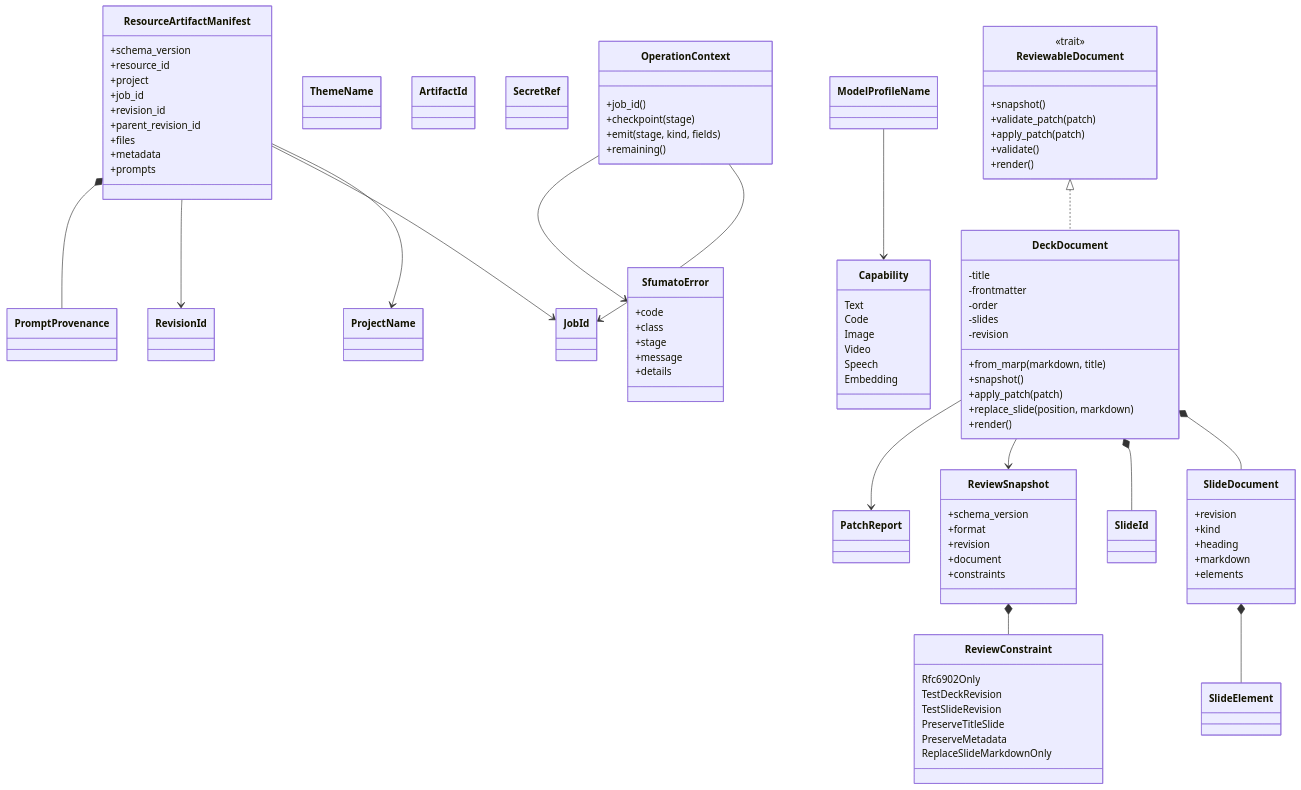
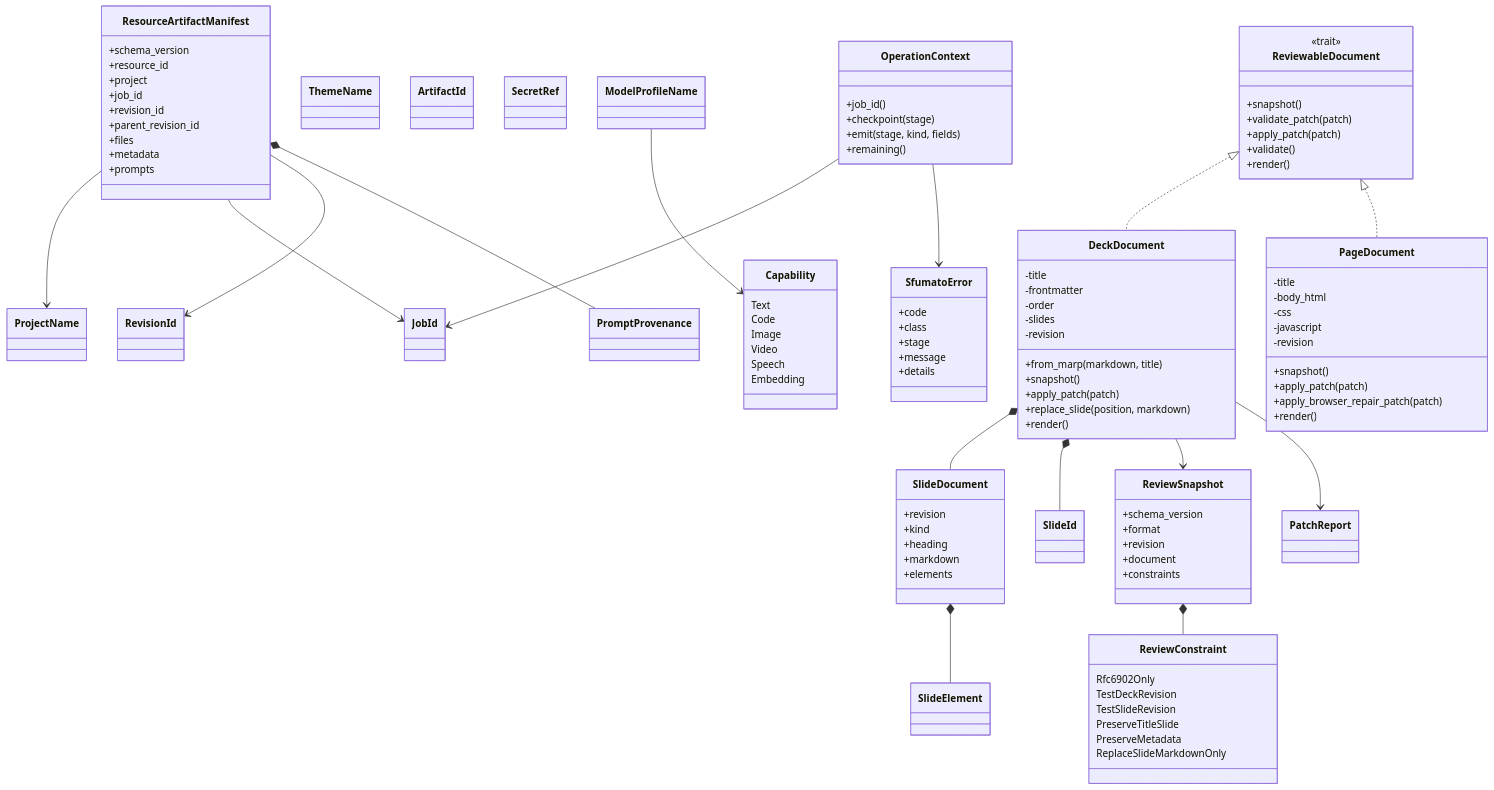
One commit to getsfumato/cli changed the diagram in docs/architecture/domain-model.mmd. Above: the diagram before and after it, drawn with Mermaid. The commit also changed 85 other files, not shown here.

```diff
--- a/docs/architecture/domain-model.mmd
+++ b/docs/architecture/domain-model.mmd
@@ -1,104 +1,116 @@
 %% Domain entities and application contracts implemented in v0.2.
 classDiagram
     class ProjectName
     class ModelProfileName
     class ThemeName
     class JobId
     class ArtifactId
     class RevisionId
     class SecretRef
     class Capability {
         Text
         Code
         Image
         Video
         Speech
         Embedding
     }
 
     class DeckDocument {
         -title
         -frontmatter
         -order
         -slides
         -revision
         +from_marp(markdown, title)
         +snapshot()
         +apply_patch(patch)
         +replace_slide(position, markdown)
+        +render()
+    }
+    class PageDocument {
+        -title
+        -body_html
+        -css
+        -javascript
+        -revision
+        +snapshot()
+        +apply_patch(patch)
+        +apply_browser_repair_patch(patch)
         +render()
     }
     class ReviewableDocument {
         <<trait>>
         +snapshot()
         +validate_patch(patch)
         +apply_patch(patch)
         +validate()
         +render()
     }
     class ReviewSnapshot {
         +schema_version
         +format
         +revision
         +document
         +constraints
     }
     class ReviewConstraint {
         Rfc6902Only
         TestDeckRevision
         TestSlideRevision
         PreserveTitleSlide
         PreserveMetadata
         ReplaceSlideMarkdownOnly
     }
     class SlideDocument {
         +revision
         +kind
         +heading
         +markdown
         +elements
     }
     class SlideId
     class SlideElement
     class PatchReport
 
     class ResourceArtifactManifest {
         +schema_version
         +resource_id
         +project
         +job_id
         +revision_id
         +parent_revision_id
         +files
         +metadata
         +prompts
     }
     class PromptProvenance
     class OperationContext {
         +job_id()
         +checkpoint(stage)
         +emit(stage, kind, fields)
         +remaining()
     }
     class SfumatoError {
         +code
         +class
         +stage
         +message
         +details
     }
 
     ReviewableDocument <|.. DeckDocument
+    ReviewableDocument <|.. PageDocument
     DeckDocument *-- SlideDocument
     DeckDocument *-- SlideId
     SlideDocument *-- SlideElement
     DeckDocument --> ReviewSnapshot
     ReviewSnapshot *-- ReviewConstraint
     DeckDocument --> PatchReport
     ResourceArtifactManifest --> ProjectName
     ResourceArtifactManifest --> JobId
     ResourceArtifactManifest --> RevisionId
     ResourceArtifactManifest *-- PromptProvenance
     OperationContext --> JobId
     OperationContext --> SfumatoError
     ModelProfileName --> Capability
```
